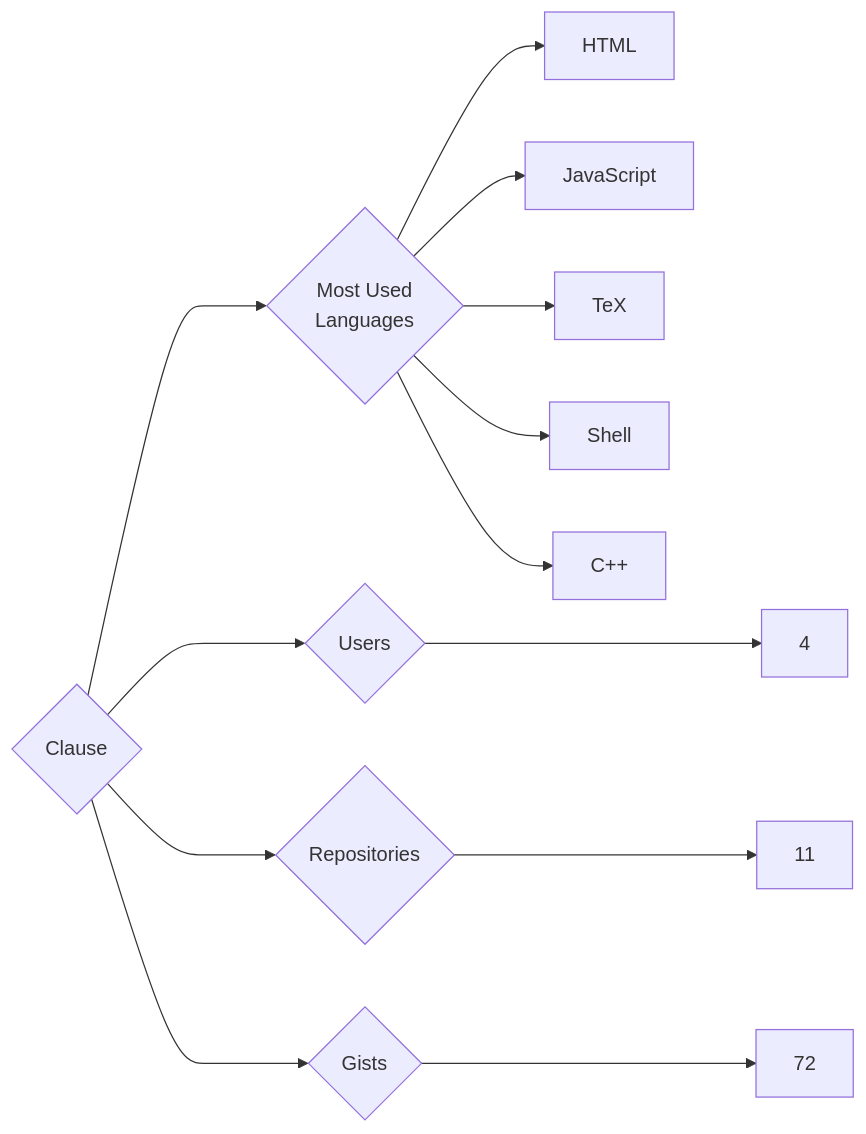
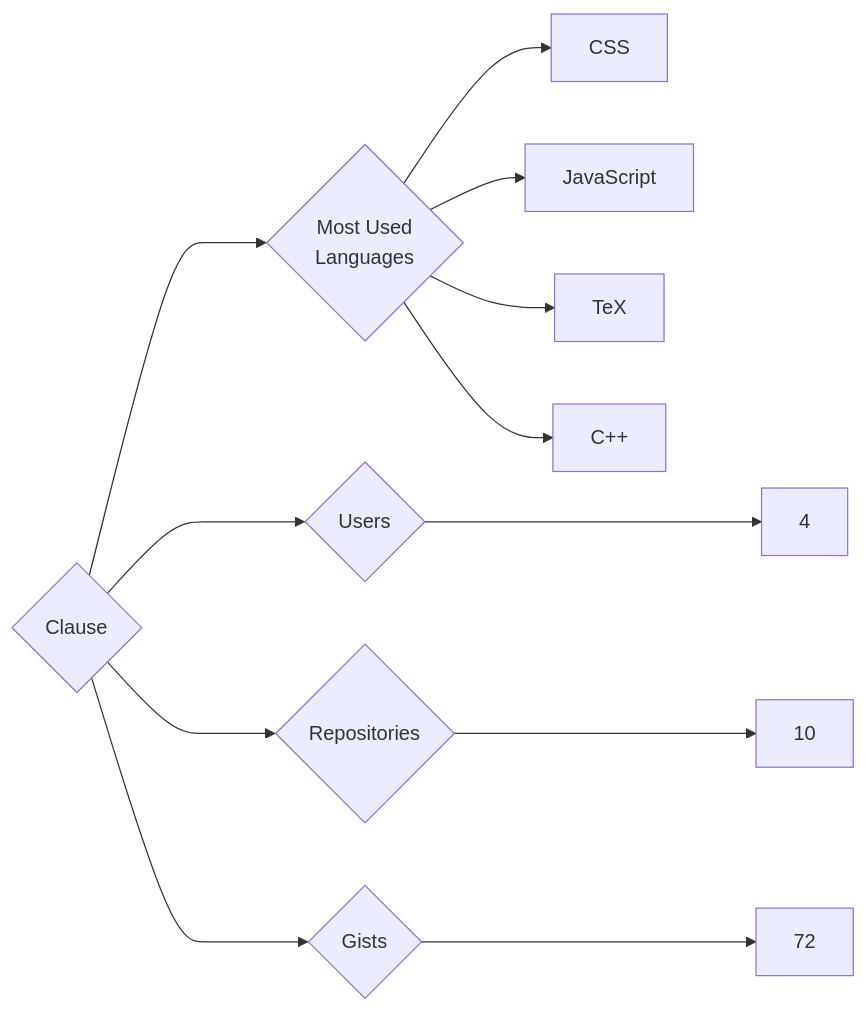
Before and after one commit to trickest/insiders: the diagram in targets/Clause/README.md, drawn with Mermaid. The commit also changed 748 other files, not shown here.

````diff
--- a/targets/Clause/README.md
+++ b/targets/Clause/README.md
@@ -3,13 +3,12 @@
 ```mermaid
 graph LR
 COMPANY_NAME{Clause}
 COMPANY_NAME ---> U{Users} ---> UN[4]
-COMPANY_NAME ---> R{Repositories} ---> RN[11]
+COMPANY_NAME ---> R{Repositories} ---> RN[10]
 COMPANY_NAME ---> G{Gists} ---> GN[72]
 COMPANY_NAME ---> ML{Most Used<br>Languages}
-ML --> HTML[HTML]
+ML --> CSS[CSS]
 ML --> JavaScript[JavaScript]
 ML --> TeX[TeX]
-ML --> Shell[Shell]
 ML --> C++[C++]
 ```
````
